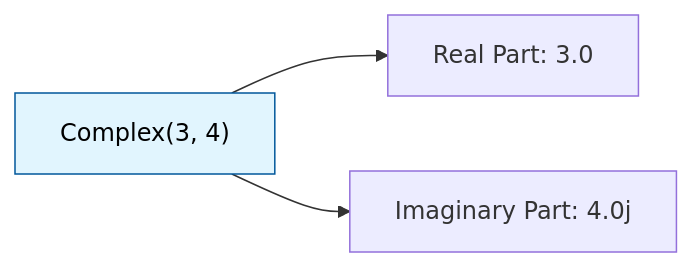
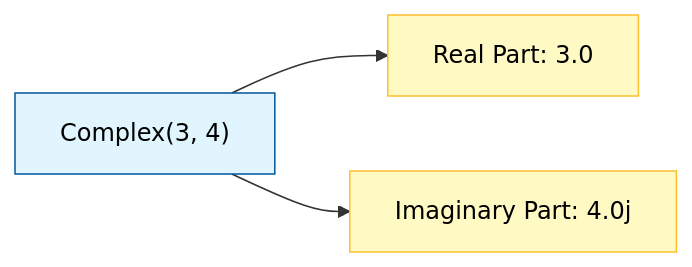
Before and after one commit to AyushSingh360/my-python-notebook: the first of 4 diagrams in 02_Data_Types_and_Operators/README.md, drawn with Mermaid. The commit also changed other lines of this file and 2 other files, not shown here.

````diff
--- a/02_Data_Types_and_Operators/README.md
+++ b/02_Data_Types_and_Operators/README.md
@@ -36,6 +36,8 @@
 ```mermaid
 graph LR
     C["Complex(3, 4)"] --> R["Real Part: 3.0"]
     C --> I["Imaginary Part: 4.0j"]
     style C fill:#e1f5fe,stroke:#01579b,color:#000
+    style R fill:#fff9c4,stroke:#fbc02d,color:#000
+    style I fill:#fff9c4,stroke:#fbc02d,color:#000
 ```
````
